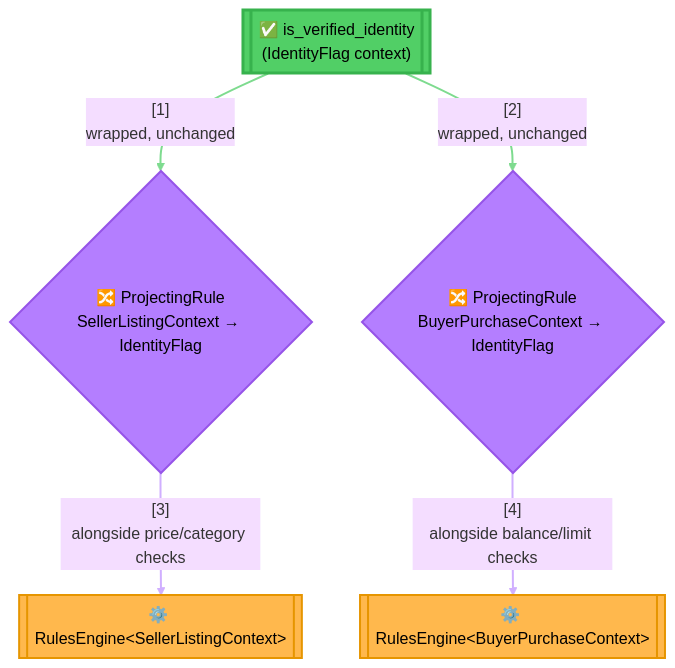
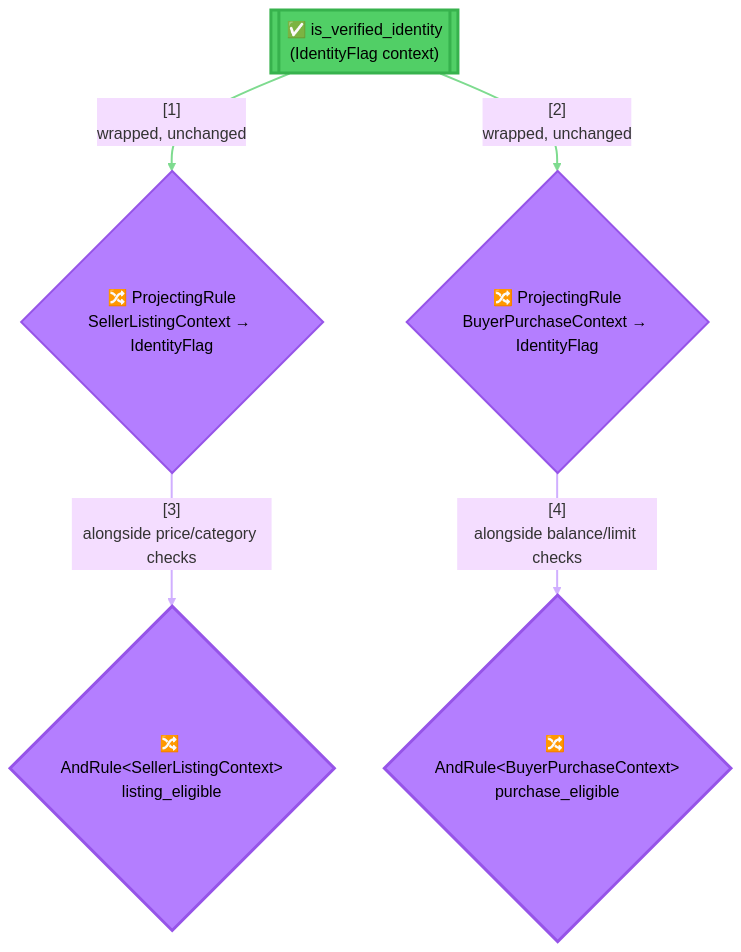
Before and after one commit to pawan-vyas/verdict-rules: the first of 2 diagrams in fixtures/marketplace_eligibility/README.md, drawn with Mermaid (base theme). The commit also changed other lines of this file and 38 other files, not shown here.

````diff
--- a/fixtures/marketplace_eligibility/README.md
+++ b/fixtures/marketplace_eligibility/README.md
@@ -76,31 +76,31 @@
 ```mermaid
 graph TB
     Identity[["✅ is_verified_identity<br/>(IdentityFlag context)"]]
     ProjSeller{"🔀 ProjectingRule<br/>SellerListingContext → IdentityFlag"}
     ProjBuyer{"🔀 ProjectingRule<br/>BuyerPurchaseContext → IdentityFlag"}
-    SellerEngine[["⚙️ RulesEngine&lt;SellerListingContext&gt;"]]
-    BuyerEngine[["⚙️ RulesEngine&lt;BuyerPurchaseContext&gt;"]]
+    SellerCheck{"🔀 AndRule&lt;SellerListingContext&gt;<br/>listing_eligible"}
+    BuyerCheck{"🔀 AndRule&lt;BuyerPurchaseContext&gt;<br/>purchase_eligible"}
 
     %% Link 0: Identity -> ProjSeller
     Identity -->|"[1]<br/>wrapped, unchanged"| ProjSeller
     %% Link 1: Identity -> ProjBuyer
     Identity -->|"[2]<br/>wrapped, unchanged"| ProjBuyer
-    %% Link 2: ProjSeller -> SellerEngine
-    ProjSeller -->|"[3]<br/>alongside price/category checks"| SellerEngine
-    %% Link 3: ProjBuyer -> BuyerEngine
-    ProjBuyer -->|"[4]<br/>alongside balance/limit checks"| BuyerEngine
+    %% Link 2: ProjSeller -> SellerCheck
+    ProjSeller -->|"[3]<br/>alongside price/category checks"| SellerCheck
+    %% Link 3: ProjBuyer -> BuyerCheck
+    ProjBuyer -->|"[4]<br/>alongside balance/limit checks"| BuyerCheck
 
     style Identity fill:#51CF66,stroke:#37B24D,stroke-width:3px,color:#000
     style ProjSeller fill:#B47EFF,stroke:#9654E8,stroke-width:2px,color:#000
     style ProjBuyer fill:#B47EFF,stroke:#9654E8,stroke-width:2px,color:#000
-    style SellerEngine fill:#FFB84D,stroke:#E69500,stroke-width:2px,color:#000
-    style BuyerEngine fill:#FFB84D,stroke:#E69500,stroke-width:2px,color:#000
+    style SellerCheck fill:#B47EFF,stroke:#9654E8,stroke-width:3px,color:#000
+    style BuyerCheck fill:#B47EFF,stroke:#9654E8,stroke-width:3px,color:#000
 
     %% Link Index:
     %% 0-1: the same rule instance is wrapped twice, never rewritten
-    %% 2-3: each projection composes into its own side's typed engine
+    %% 2-3: each projection composes into its own side's typed composite
     linkStyle 0 stroke:#7EDB8F,stroke-width:2px
     linkStyle 1 stroke:#7EDB8F,stroke-width:2px
     linkStyle 2 stroke:#D0AFFF,stroke-width:2px
     linkStyle 3 stroke:#D0AFFF,stroke-width:2px
 ```
````
